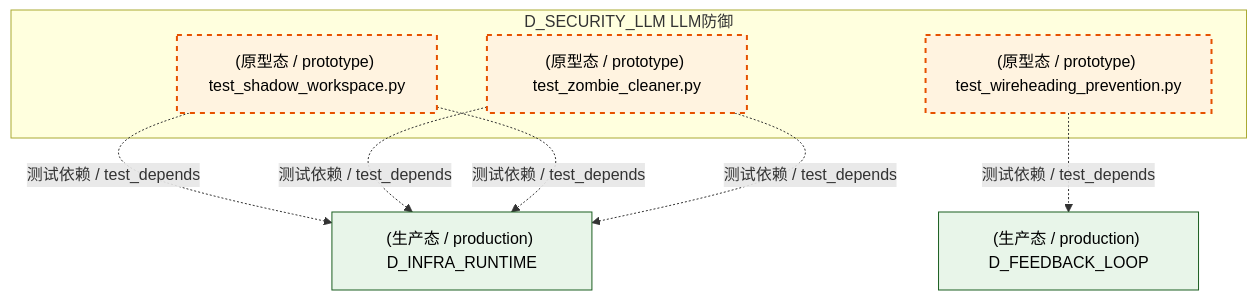
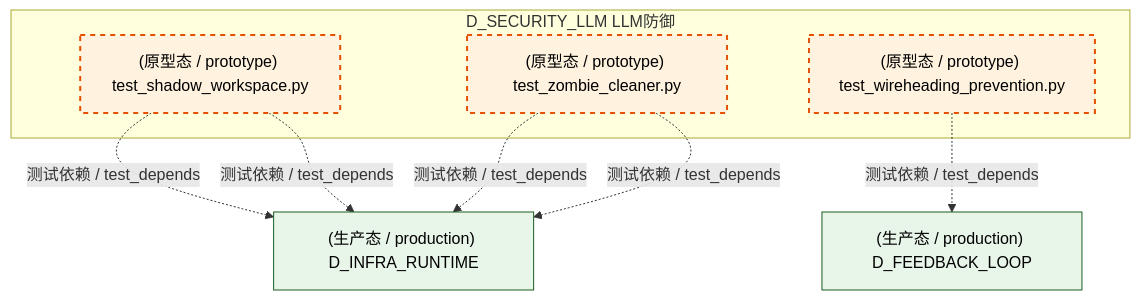
The third of 6 diagrams in docs/02_enterprise_architecture/02_domain_architecture_docs/25_d_security_llm.md (xuanFelixVan/ZephyrAlpha), drawn with Mermaid before and after one commit. The commit also changed other lines of this file and 126 other files, not shown here.

````diff
--- a/docs/02_enterprise_architecture/02_domain_architecture_docs/25_d_security_llm.md
+++ b/docs/02_enterprise_architecture/02_domain_architecture_docs/25_d_security_llm.md
@@ -273,21 +273,21 @@
 ```mermaid
 graph TD
     subgraph D_SECURITY_LLM["D_SECURITY_LLM LLM防御"]
         tests_llm_security_test_shadow_workspace_py["(原型态 / prototype) test_shadow_workspace.py"]
         tests_llm_security_test_wireheading_prevention_py["(原型态 / prototype) test_wireheading_prevention.py"]
         tests_llm_security_test_zombie_cleaner_py["(原型态 / prototype) test_zombie_cleaner.py"]
     end
+    D_FEEDBACK_LOOP["(生产态 / production) D_FEEDBACK_LOOP"]
+    tests_llm_security_test_wireheading_prevention_py -.->|测试依赖 / test_depends| D_FEEDBACK_LOOP
     D_INFRA_RUNTIME["(生产态 / production) D_INFRA_RUNTIME"]
     tests_llm_security_test_shadow_workspace_py -.->|测试依赖 / test_depends| D_INFRA_RUNTIME
-    D_FEEDBACK_LOOP["(生产态 / production) D_FEEDBACK_LOOP"]
-    tests_llm_security_test_wireheading_prevention_py -.->|测试依赖 / test_depends| D_FEEDBACK_LOOP
+    tests_llm_security_test_shadow_workspace_py -.->|测试依赖 / test_depends| D_INFRA_RUNTIME
     tests_llm_security_test_zombie_cleaner_py -.->|测试依赖 / test_depends| D_INFRA_RUNTIME
-    tests_llm_security_test_shadow_workspace_py -.->|测试依赖 / test_depends| D_INFRA_RUNTIME
     tests_llm_security_test_zombie_cleaner_py -.->|测试依赖 / test_depends| D_INFRA_RUNTIME
     classDef production fill:#e1f5fe,stroke:#01579b,stroke-width:2px,color:#000
     classDef design fill:#fff3e0,stroke:#e65100,stroke-width:2px,color:#000,stroke-dasharray: 5 5
     classDef external_prod fill:#e8f5e9,stroke:#1b5e20,stroke-width:1px,color:#000
     classDef external_design fill:#fce4ec,stroke:#880e4f,stroke-width:1px,color:#000,stroke-dasharray: 5 5
     class tests_llm_security_test_shadow_workspace_py,tests_llm_security_test_wireheading_prevention_py,tests_llm_security_test_zombie_cleaner_py design
-    class D_INFRA_RUNTIME,D_FEEDBACK_LOOP external_prod
+    class D_FEEDBACK_LOOP,D_INFRA_RUNTIME external_prod
 ```
````
